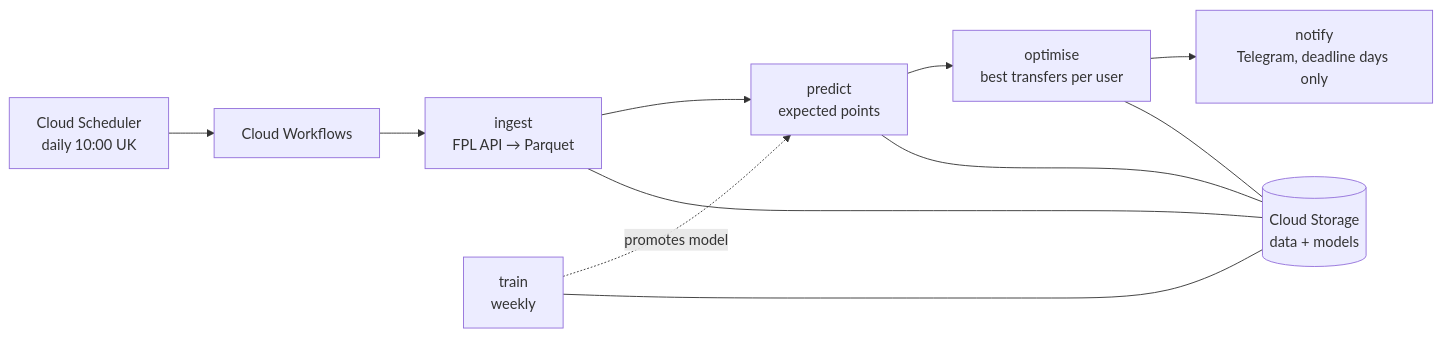
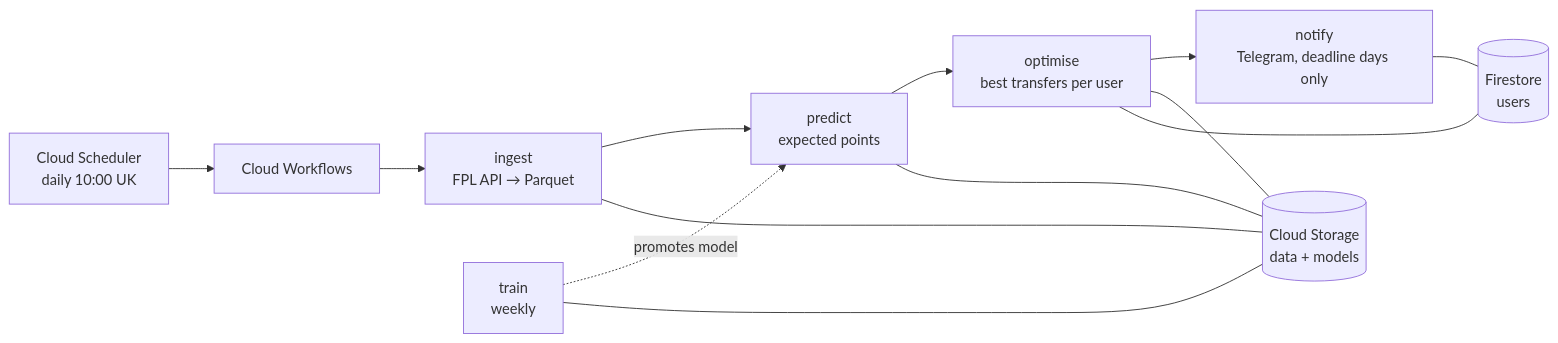
One commit to jameso127/fpl-optimiser changed the diagram in README.md. Above: the diagram before and after it, drawn with Mermaid. The commit also changed other lines of this file, not shown here.

First line of the commit message:
docs(readme): align the pictures and cover test runs, users and cost

````diff
--- a/README.md
+++ b/README.md
@@ -59,11 +53,13 @@
 ```mermaid
 flowchart LR
     S[Cloud Scheduler<br/>daily 10:00 UK] --> W[Cloud Workflows]
     W --> I[ingest<br/>FPL API → Parquet]
     I --> P[predict<br/>expected points]
     P --> O[optimise<br/>best transfers per user]
     O --> N[notify<br/>Telegram, deadline days only]
     T[train<br/>weekly] -. promotes model .-> P
     GCS[(Cloud Storage<br/>data + models)]
+    FS[(Firestore<br/>users)]
     I & P & O & T --- GCS
+    O & N --- FS
 ```
````
